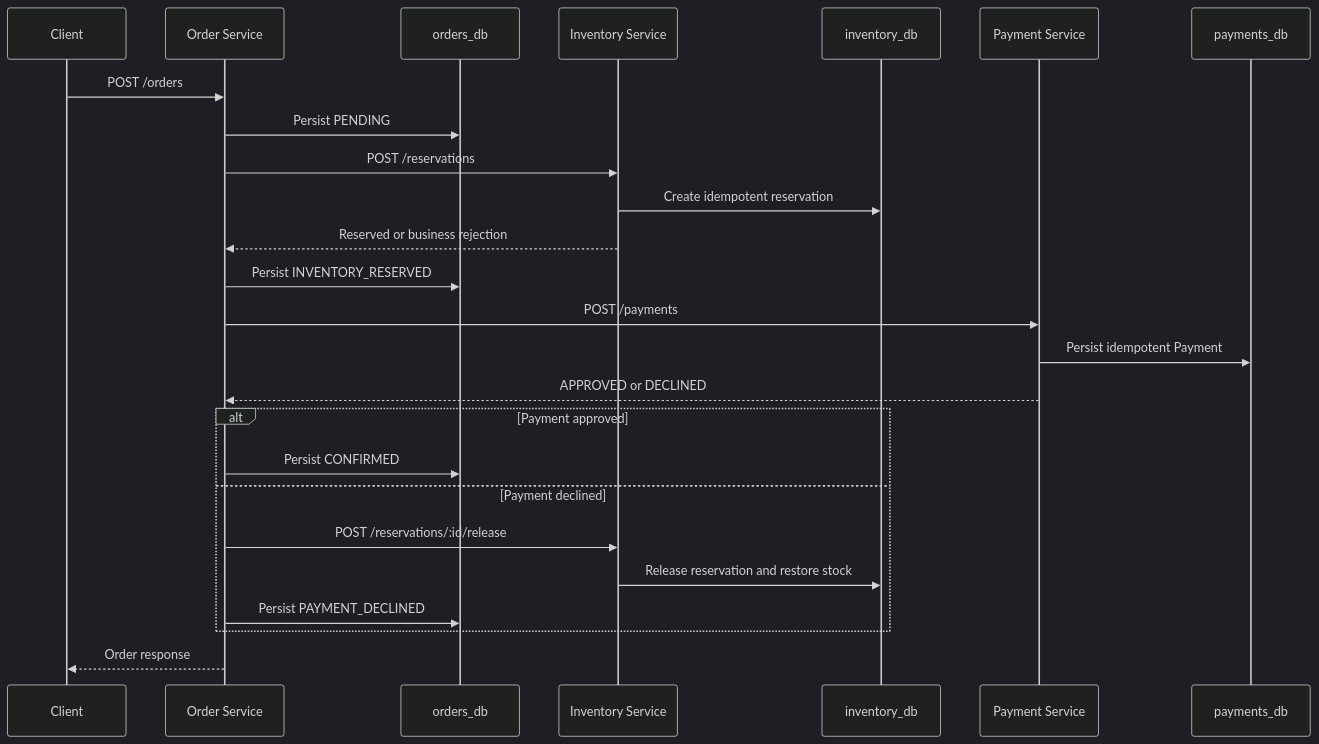
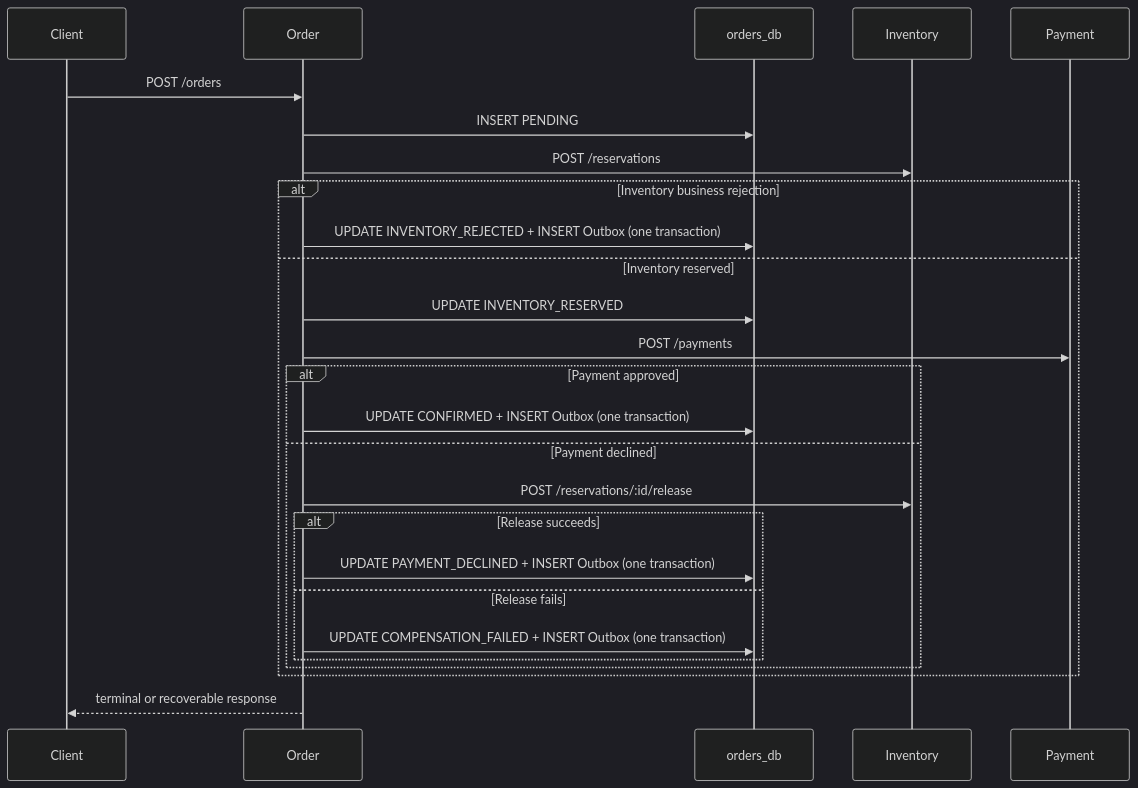
The second of 2 diagrams in docs/architecture.md (ldmrtnll-arch/distributed-order-platform-qa), drawn with Mermaid (dark theme) before and after one commit. The commit also changed other lines of this file and 2 other files, not shown here.

Commit message:
docs: document asynchronous Order events

````diff
--- a/docs/architecture.md
+++ b/docs/architecture.md
@@ -185,28 +43,29 @@
 ```mermaid
 sequenceDiagram
     participant Client
-    participant Order as Order Service
+    participant Order
     participant OrdersDB as orders_db
-    participant Inventory as Inventory Service
-    participant InventoryDB as inventory_db
-    participant Payment as Payment Service
-    participant PaymentsDB as payments_db
+    participant Inventory
+    participant Payment
 
     Client->>Order: POST /orders
-    Order->>OrdersDB: Persist PENDING
+    Order->>OrdersDB: INSERT PENDING
     Order->>Inventory: POST /reservations
-    Inventory->>InventoryDB: Create idempotent reservation
-    Inventory-->>Order: Reserved or business rejection
-    Order->>OrdersDB: Persist INVENTORY_RESERVED
-    Order->>Payment: POST /payments
-    Payment->>PaymentsDB: Persist idempotent Payment
-    Payment-->>Order: APPROVED or DECLINED
-    alt Payment approved
-        Order->>OrdersDB: Persist CONFIRMED
-    else Payment declined
-        Order->>Inventory: POST /reservations/:id/release
-        Inventory->>InventoryDB: Release reservation and restore stock
-        Order->>OrdersDB: Persist PAYMENT_DECLINED
+    alt Inventory business rejection
+        Order->>OrdersDB: UPDATE INVENTORY_REJECTED + INSERT Outbox (one transaction)
+    else Inventory reserved
+        Order->>OrdersDB: UPDATE INVENTORY_RESERVED
+        Order->>Payment: POST /payments
+        alt Payment approved
+            Order->>OrdersDB: UPDATE CONFIRMED + INSERT Outbox (one transaction)
+        else Payment declined
+            Order->>Inventory: POST /reservations/:id/release
+            alt Release succeeds
+                Order->>OrdersDB: UPDATE PAYMENT_DECLINED + INSERT Outbox (one transaction)
+            else Release fails
+                Order->>OrdersDB: UPDATE COMPENSATION_FAILED + INSERT Outbox (one transaction)
+            end
+        end
     end
-    Order-->>Client: Order response
+    Order-->>Client: terminal or recoverable response
 ```
````
